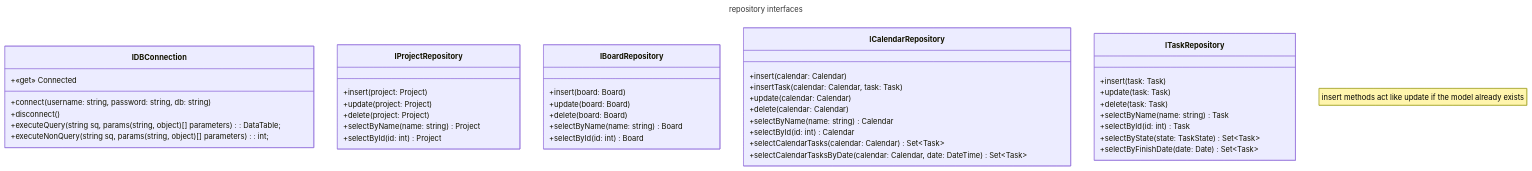
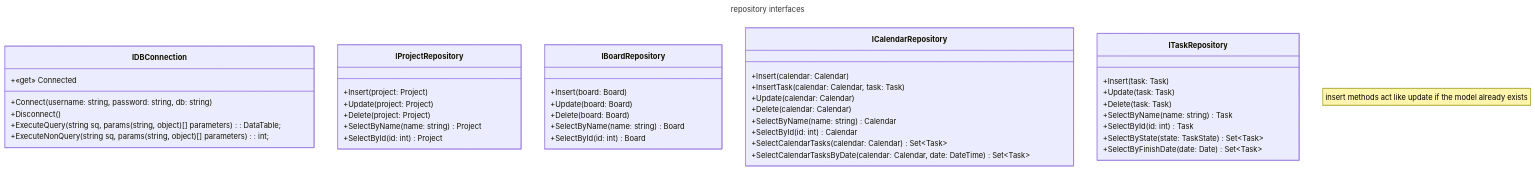
One commit to tadeas223/todo_list changed the diagram in docs/uml/Domain/Repository.md. Above: the diagram before and after it, drawn with Mermaid. The commit also changed 6 other files, not shown here.

````diff
--- a/docs/uml/Domain/Repository.md
+++ b/docs/uml/Domain/Repository.md
@@ -1,67 +1,67 @@
 ```mermaid
 ---
 title: repository interfaces
 ---
 
 classDiagram
 
     class IDBConnection
     class IProjectRepository
     class IBoardRepository
     class ICalendarRepository
     class ITaskRepository
 
     note "insert methods act like update if the model already exists"
 
     class IDBConnection {
         +«get» Connected
-        +connect(username: string, password: string, db: string)
-        +disconnect()
-        +executeQuery(string sq, params (string, object)[] parameters): DataTable;
-        +executeNonQuery(string sq, params (string, object)[] parameters): int;
+        +Connect(username: string, password: string, db: string)
+        +Disconnect()
+        +ExecuteQuery(string sq, params (string, object)[] parameters): DataTable;
+        +ExecuteNonQuery(string sq, params (string, object)[] parameters): int;
     }
 
     class IProjectRepository {
-        +insert(project: Project)
-        +update(project: Project)
-        +delete(project: Project)
+        +Insert(project: Project)
+        +Update(project: Project)
+        +Delete(project: Project)
 
-        +selectByName(name: string) Project
-        +selectById(id: int) Project
+        +SelectByName(name: string) Project
+        +SelectById(id: int) Project
     }
     
     class IBoardRepository {
-        +insert(board: Board)
-        +update(board: Board)
-        +delete(board: Board)
+        +Insert(board: Board)
+        +Update(board: Board)
+        +Delete(board: Board)
 
-        +selectByName(name: string) Board
-        +selectById(id: int) Board
+        +SelectByName(name: string) Board
+        +SelectById(id: int) Board
     }
     
     class ICalendarRepository {
-        +insert(calendar: Calendar)
-        +insertTask(calendar: Calendar, task: Task)
+        +Insert(calendar: Calendar)
+        +InsertTask(calendar: Calendar, task: Task)
 
-        +update(calendar: Calendar)
-        +delete(calendar: Calendar)
+        +Update(calendar: Calendar)
+        +Delete(calendar: Calendar)
 
-        +selectByName(name: string) Calendar
-        +selectById(id: int) Calendar
+        +SelectByName(name: string) Calendar
+        +SelectById(id: int) Calendar
 
-        +selectCalendarTasks(calendar: Calendar) Set~Task~
-        +selectCalendarTasksByDate(calendar: Calendar, date: DateTime) Set~Task~
+        +SelectCalendarTasks(calendar: Calendar) Set~Task~
+        +SelectCalendarTasksByDate(calendar: Calendar, date: DateTime) Set~Task~
     }
     
     class ITaskRepository {
-        +insert(task: Task)
-        +update(task: Task)
-        +delete(task: Task)
+        +Insert(task: Task)
+        +Update(task: Task)
+        +Delete(task: Task)
 
-        +selectByName(name: string) Task
-        +selectById(id: int) Task
-        +selectByState(state: TaskState) Set~Task~
-        +selectByFinishDate(date: Date) Set~Task~
+        +SelectByName(name: string) Task
+        +SelectById(id: int) Task
+        +SelectByState(state: TaskState) Set~Task~
+        +SelectByFinishDate(date: Date) Set~Task~
     }
 
 ```
````
